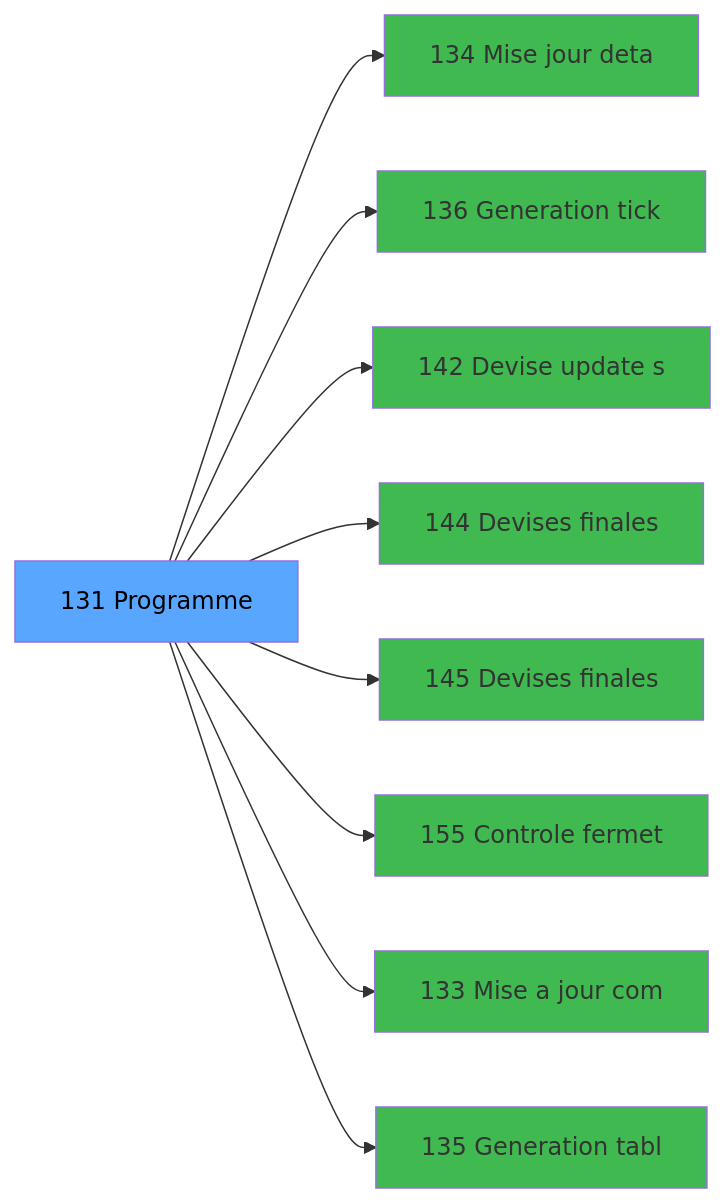
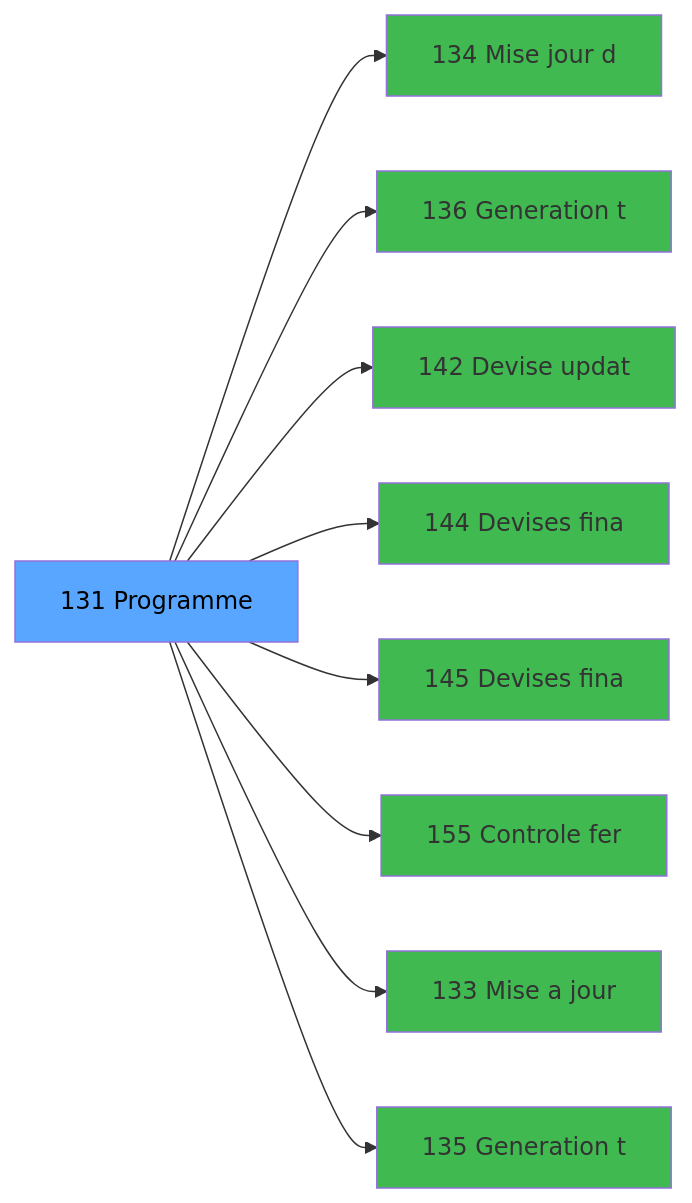
One commit to thonyAGP/magic-migration changed the third of 3 diagrams in .openspec/specs/ADH-IDE-131.md. Above: the diagram before and after it, drawn with Mermaid. The commit also changed other lines of this file and 323 other files, not shown here.

````diff
--- a/.openspec/specs/ADH-IDE-131.md
+++ b/.openspec/specs/ADH-IDE-131.md
@@ -125,29 +155,29 @@
 ```mermaid
 graph LR
     T[131 Programme]
-    C134[134 Mise  jour deta]
+    C134[134 Mise  jour d]
     T --> C134
-    C136[136 Generation tick]
+    C136[136 Generation t]
     T --> C136
-    C142[142 Devise update s]
+    C142[142 Devise updat]
     T --> C142
-    C144[144 Devises finales]
+    C144[144 Devises fina]
     T --> C144
-    C145[145 Devises finales]
+    C145[145 Devises fina]
     T --> C145
-    C155[155 Controle fermet]
+    C155[155 Controle fer]
     T --> C155
-    C133[133 Mise a jour com]
+    C133[133 Mise a jour ]
     T --> C133
-    C135[135 Generation tabl]
+    C135[135 Generation t]
     T --> C135
     style T fill:#58a6ff,color:#000
     style C134 fill:#3fb950
     style C136 fill:#3fb950
     style C142 fill:#3fb950
     style C144 fill:#3fb950
     style C145 fill:#3fb950
     style C155 fill:#3fb950
     style C133 fill:#3fb950
     style C135 fill:#3fb950
 ```
````
